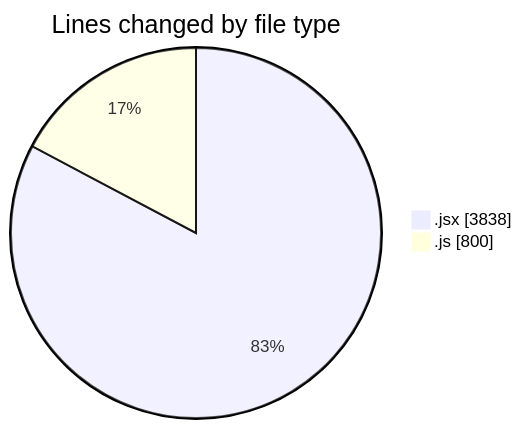
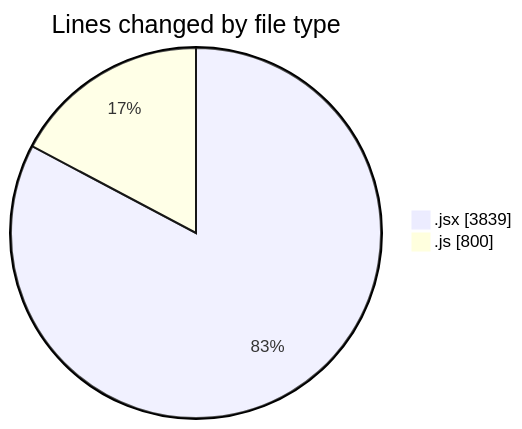
Before and after one commit to nxtqubesakshisongat/code-tracking: the first of 2 diagrams in 2025-07-14/argos/README.md, drawn with Mermaid. The commit also changed other lines of this file and 1 other file, not shown here.

````diff
--- a/2025-07-14/argos/README.md
+++ b/2025-07-14/argos/README.md
@@ -28,6 +28,6 @@
 ```mermaid
 pie showData
 title Lines changed by file type
-".jsx" : 3838
+".jsx" : 3839
 ".js" : 800
 ```
````
